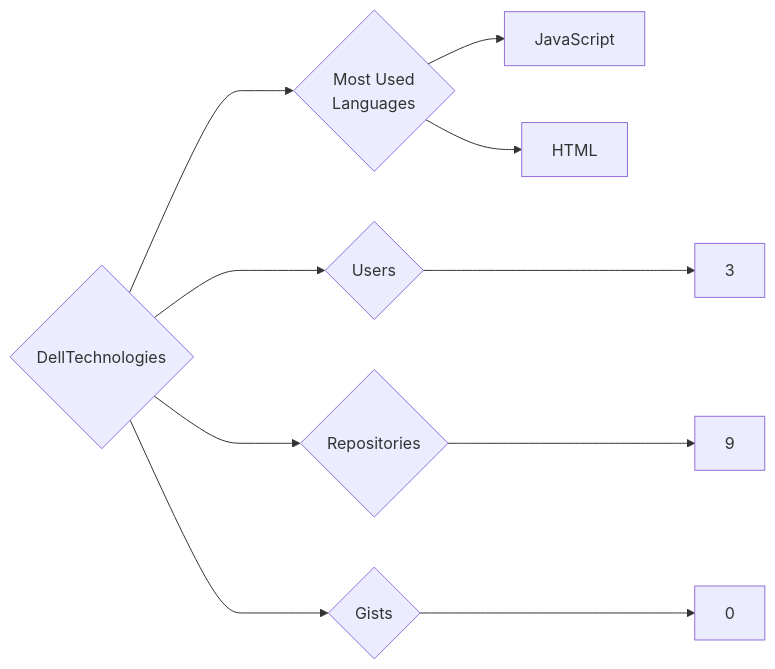
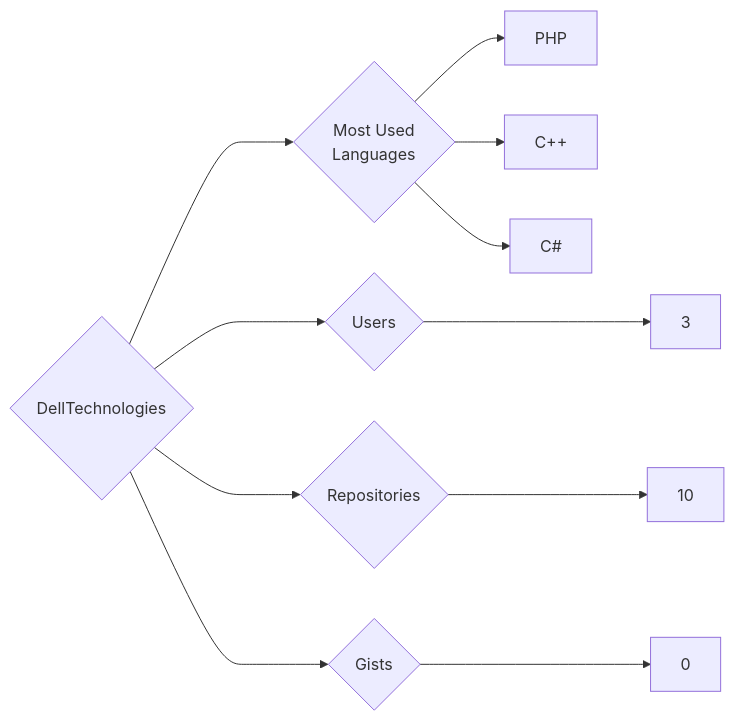
The diagram in targets/DellTechnologies/README.md (trickest/insiders), drawn with Mermaid before and after one commit. The commit also changed 1084 other files, not shown here.

````diff
--- a/targets/DellTechnologies/README.md
+++ b/targets/DellTechnologies/README.md
@@ -3,10 +3,11 @@
 ```mermaid
 graph LR
 COMPANY_NAME{DellTechnologies}
 COMPANY_NAME ---> U{Users} ---> UN[3]
-COMPANY_NAME ---> R{Repositories} ---> RN[9]
+COMPANY_NAME ---> R{Repositories} ---> RN[10]
 COMPANY_NAME ---> G{Gists} ---> GN[0]
 COMPANY_NAME ---> ML{Most Used<br>Languages}
-ML --> JavaScript[JavaScript]
-ML --> HTML[HTML]
+ML --> PHP[PHP]
+ML --> C++[C++]
+ML --> C#[C#]
 ```
````
